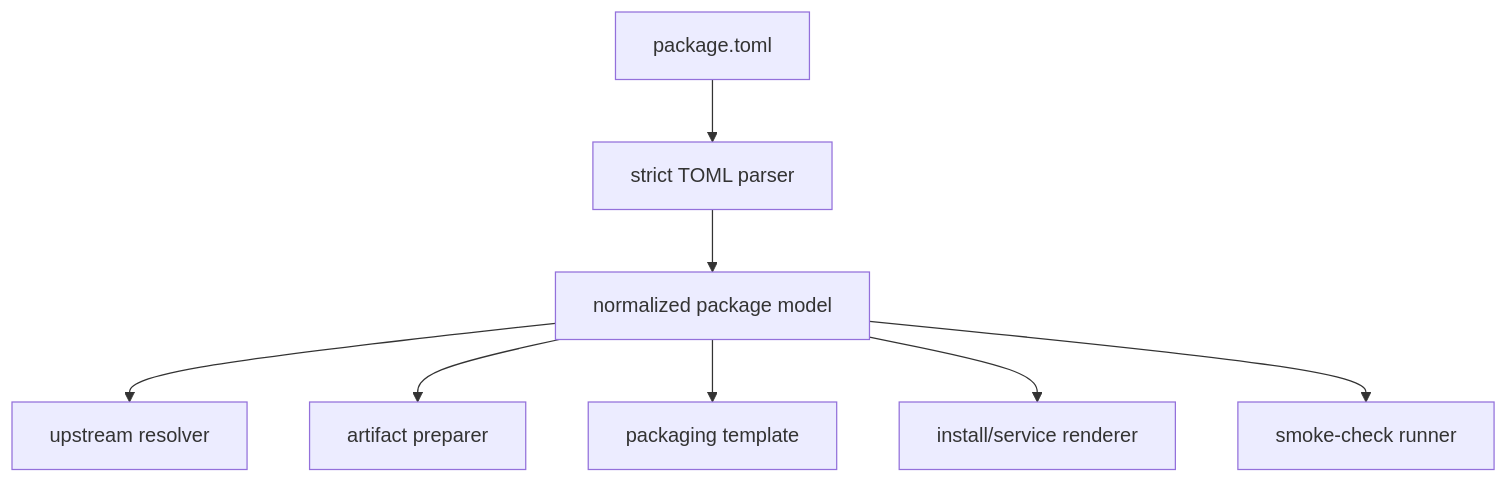
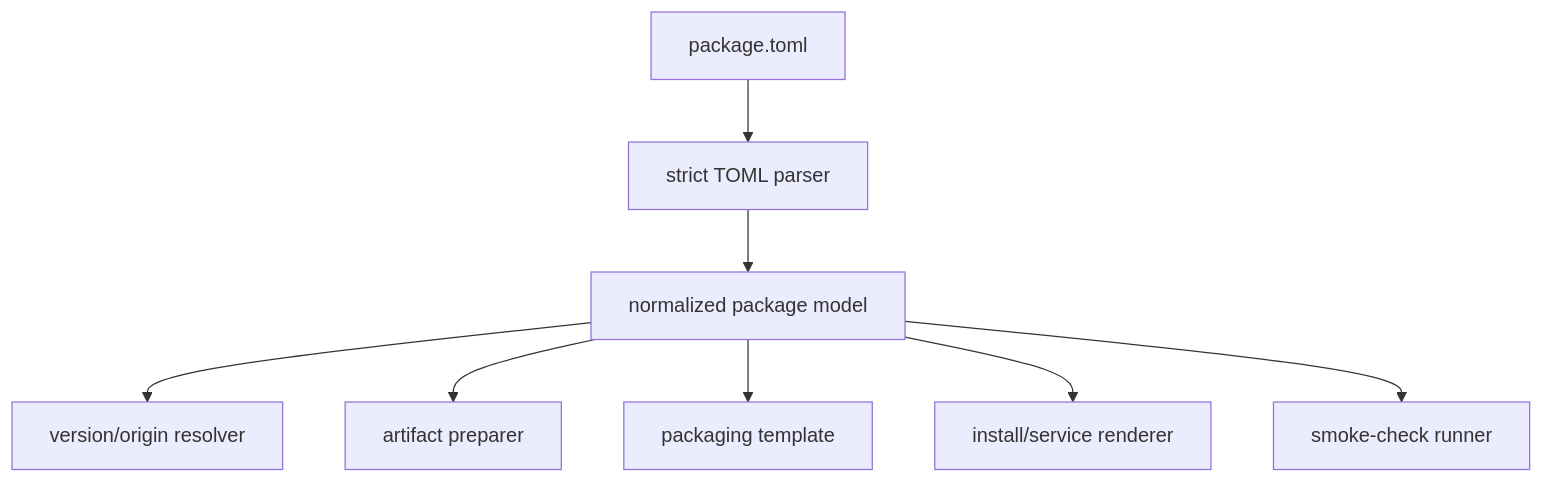
Before and after one commit to theorangeguo/aur-packages: the diagram in docs/PACKAGE_FRAMEWORK.md, drawn with Mermaid. The commit also changed other lines of this file and 12 other files, not shown here.

Commit message:
refactor: unify package input schema

````diff
--- a/docs/PACKAGE_FRAMEWORK.md
+++ b/docs/PACKAGE_FRAMEWORK.md
@@ -304,10 +314,10 @@
 ```mermaid
 flowchart TD
     A[package.toml] --> B[strict TOML parser]
     B --> C[normalized package model]
-    C --> D[upstream resolver]
+    C --> D[version/origin resolver]
     C --> H[artifact preparer]
     C --> E[packaging template]
     C --> F[install/service renderer]
     C --> G[smoke-check runner]
 ```
````
